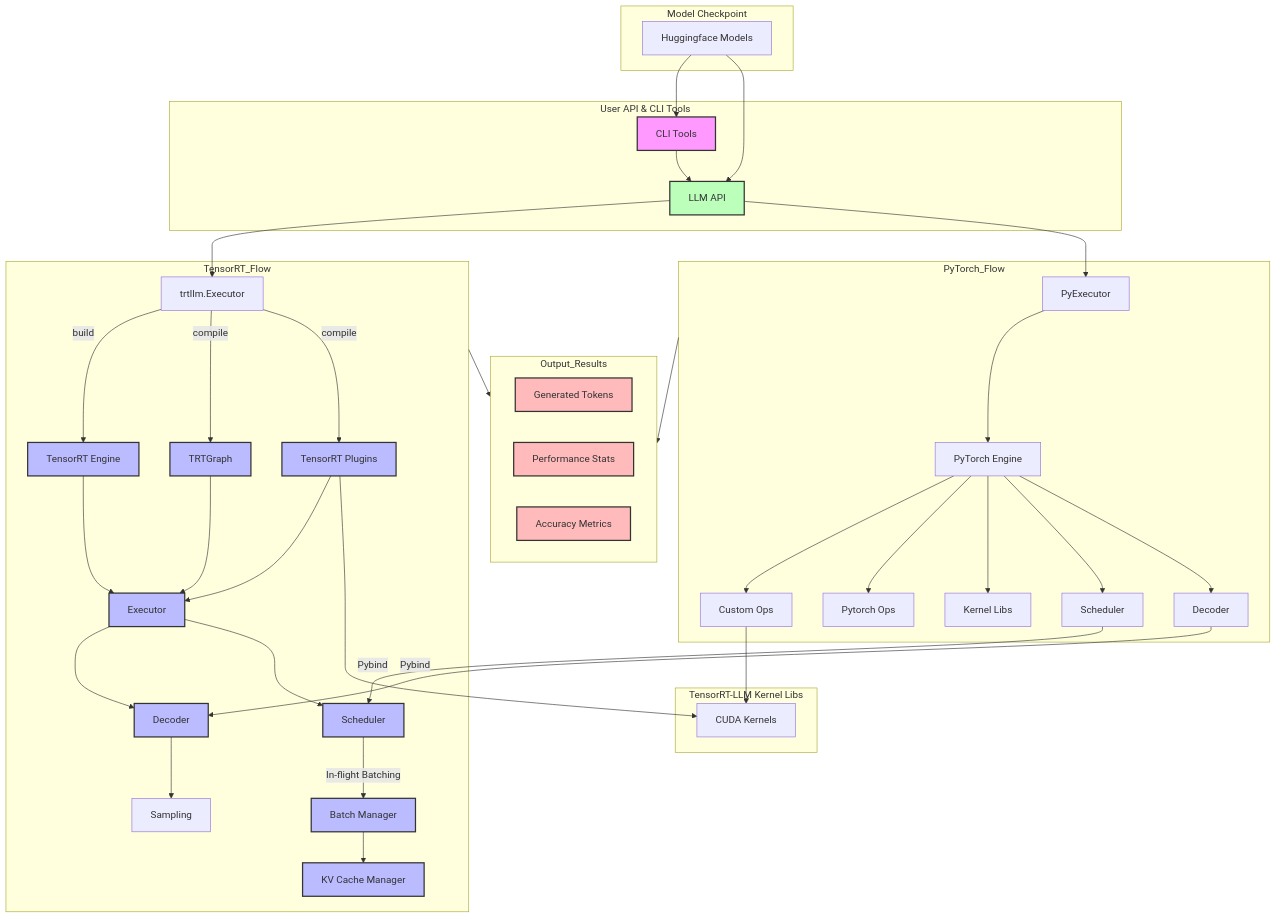
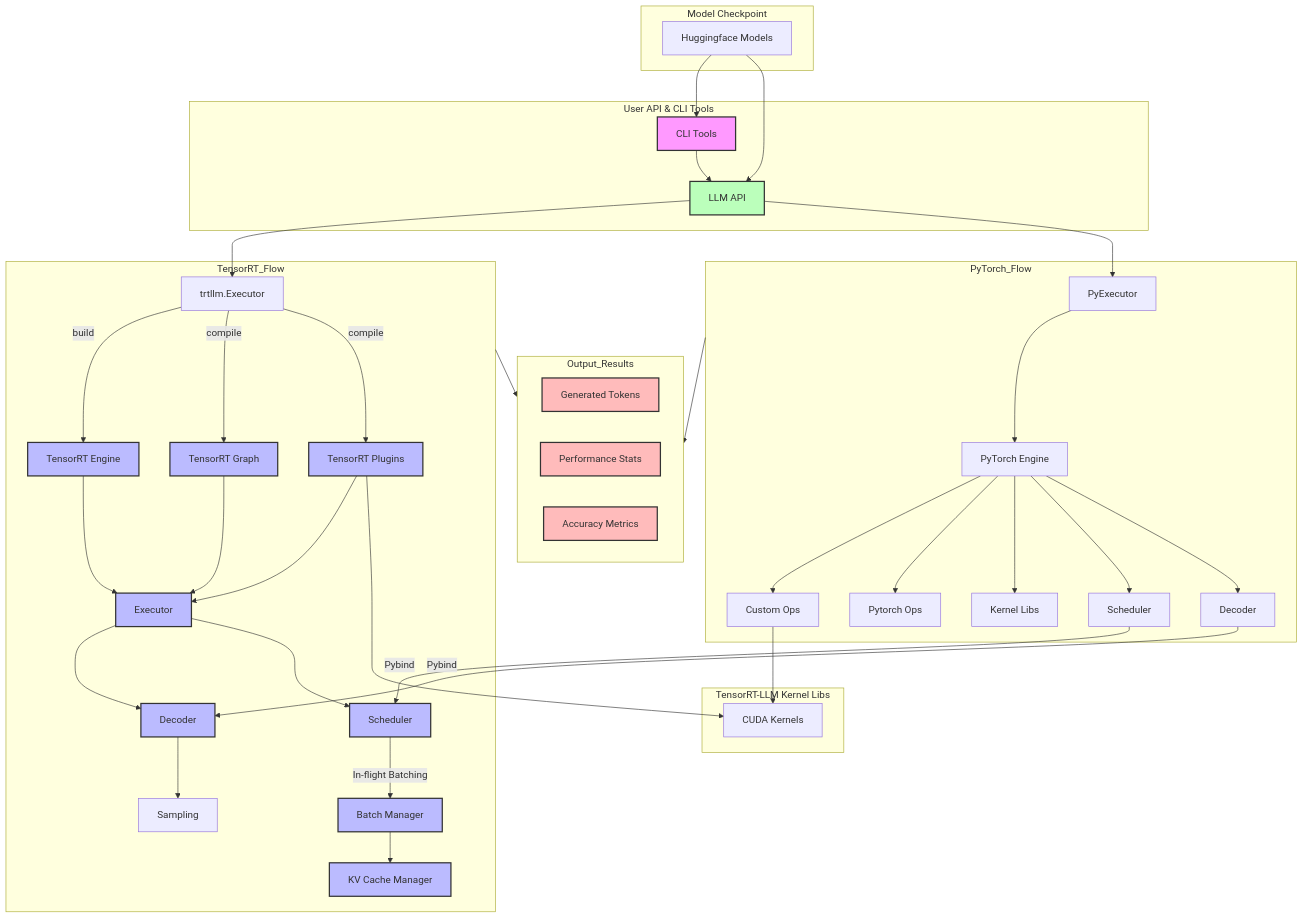
The diagram in .github/tava_architecture_diagram.md (NVIDIA/TensorRT-LLM), drawn with Mermaid before and after one commit. The commit also changed other lines of this file and 1 other file, not shown here.

Commit message:
update architecture diagram and PR checklist

````diff
--- a/.github/tava_architecture_diagram.md
+++ b/.github/tava_architecture_diagram.md
@@ -16,6 +16,7 @@
     subgraph "TensorRT_Flow"
         trtllmExecutor[trtllm.Executor]
         Engine[TensorRT Engine]
+        TRTGraph[TensorRT Graph]
         Plugins[TensorRT Plugins]
         LLMAPI --> trtllmExecutor
         trtllmExecutor --> |build|Engine
@@ -65,27 +66,19 @@
     CustomOps --> cudaKernel
     Plugins --> cudaKernel
 
-
-    %% TensorRT_Flow --> |Generate| Tokens
-    %% TensorRT_Flow --> |Report| Stats
-    %% TensorRT_Flow --> |Evaluate| Metrics
-    %% PyTorch_Flow --> |Generate| Tokens
-    %% PyTorch_Flow --> |Report| Stats
-    %% PyTorch_Flow --> |Evaluate| Metrics
-
-    %% Add descriptions for CLI tools
+    %% CLI tools format
     classDef cli fill:#f9f,stroke:#333,stroke-width:2px;
     class CLI cli;
     
-    %% Add descriptions for components
+    %% TRT flow format
     classDef component fill:#bbf,stroke:#333,stroke-width:2px;
     class TRTGraph,Plugins,Engine,Executor,Decoder,Scheduler,BatchManager,KVCache component;
     
-    %% Add descriptions for APIs
+    %% APIs format
     classDef api fill:#bfb,stroke:#333,stroke-width:2px;
     class PythonAPI,CppAPI,LLMAPI api;
 
-    %% Add descriptions for results
+    %% Results format
     classDef result fill:#fbb,stroke:#333,stroke-width:2px;
     class Tokens,Stats,Metrics result;
 ```
````
